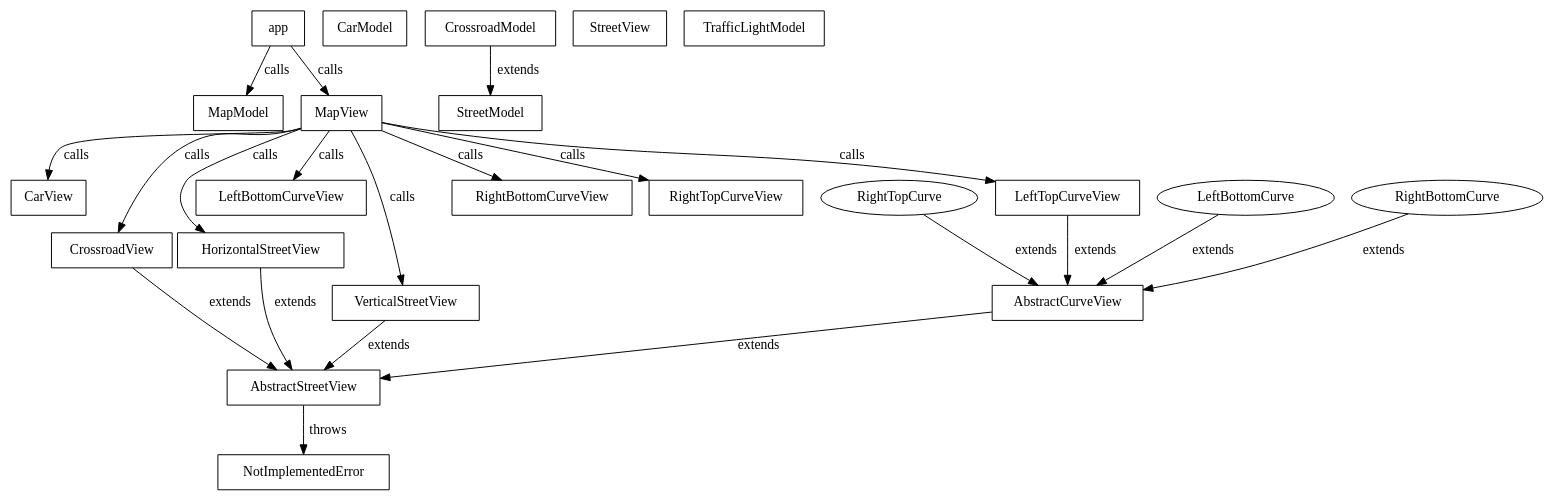
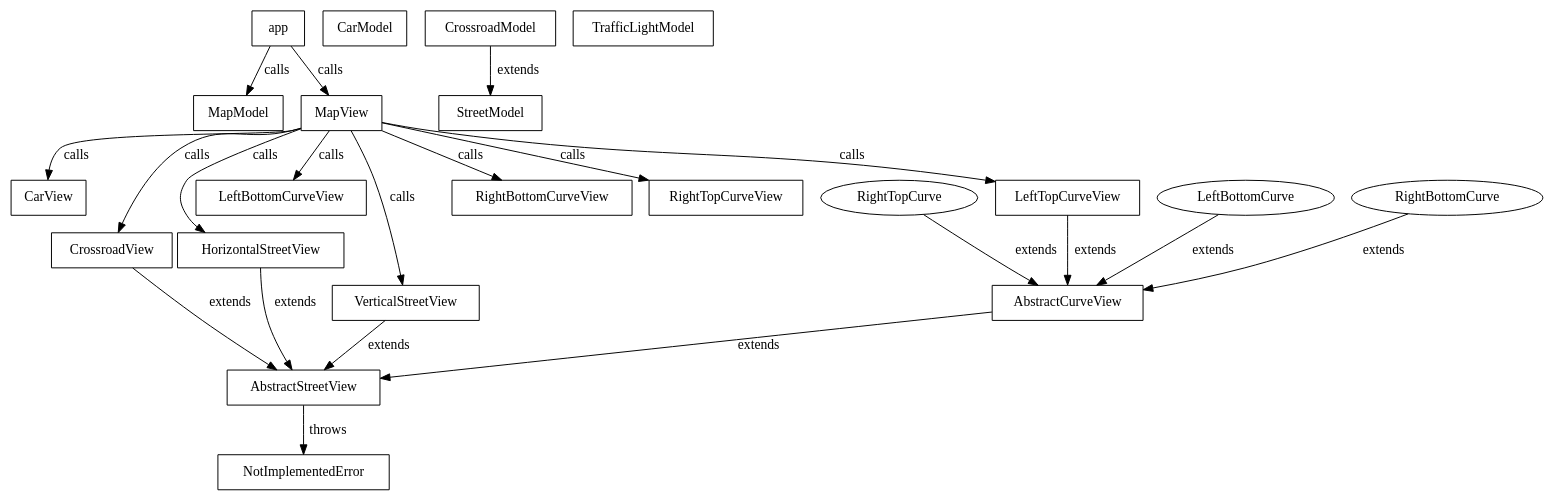
One commit to Ryuno-Ki/js13kgames-2016 changed the diagram in dependencies.dot. Above: the diagram before and after it, drawn with Graphviz. The commit also changed 1 other file, not shown here.

```diff
--- a/dependencies.dot
+++ b/dependencies.dot
@@ -1,42 +1,41 @@
 digraph G {
     app [shape=box];
     AbstractCurveView [shape=box];
     AbstractStreetView [shape=box];
     CarModel [shape=box];
     CarView [shape=box];
     CrossroadModel [shape=box];
     CrossroadView [shape=box];
     HorizontalStreetView [shape=box];
     LeftBottomCurveView [shape=box];
     LeftTopCurveView [shape=box];
     MapModel [shape=box];
     MapView [shape=box];
     NotImplementedError [shape=box];
     RightBottomCurveView [shape=box];
     RightTopCurveView [shape=box];
     StreetModel [shape=box];
-    StreetView [shape=box];
     TrafficLightModel [shape=box];
     VerticalStreetView [shape=box];
 
     AbstractCurveView -> AbstractStreetView [label="extends"];
     AbstractStreetView -> NotImplementedError [label="throws"];
     app -> MapModel [label="calls"];
     app -> MapView [label="calls"];
     CrossroadModel -> StreetModel [label="extends"];
     CrossroadView -> AbstractStreetView [label="extends"];
     HorizontalStreetView -> AbstractStreetView [label="extends"];
     LeftBottomCurve -> AbstractCurveView [label="extends"];
     LeftTopCurveView -> AbstractCurveView [label="extends"];
     MapView -> CarView [label="calls"];
     MapView -> CrossroadView [label="calls"];
     MapView -> HorizontalStreetView [label="calls"];
     MapView -> LeftBottomCurveView [label="calls"];
     MapView -> LeftTopCurveView [label="calls"];
     MapView -> RightBottomCurveView [label="calls"];
     MapView -> RightTopCurveView [label="calls"];
     MapView -> VerticalStreetView [label="calls"];
     RightBottomCurve -> AbstractCurveView [label="extends"];
     RightTopCurve -> AbstractCurveView [label="extends"];
     VerticalStreetView -> AbstractStreetView [label="extends"];
 }
```
